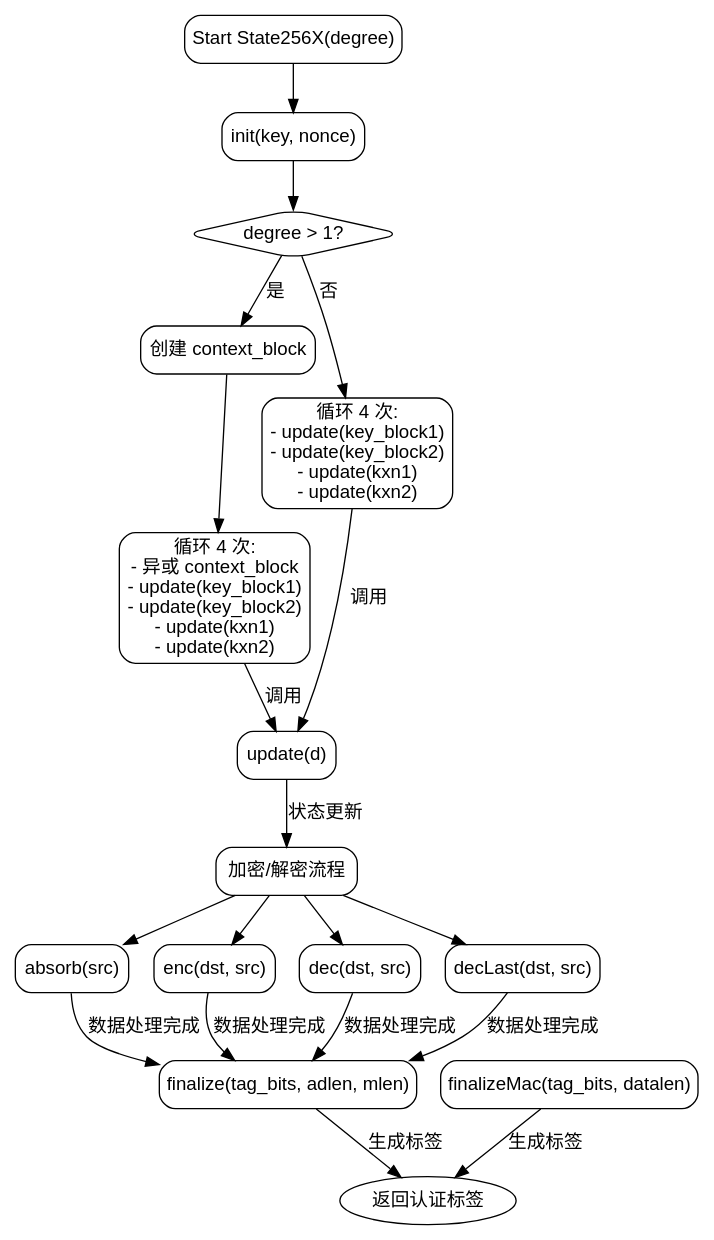
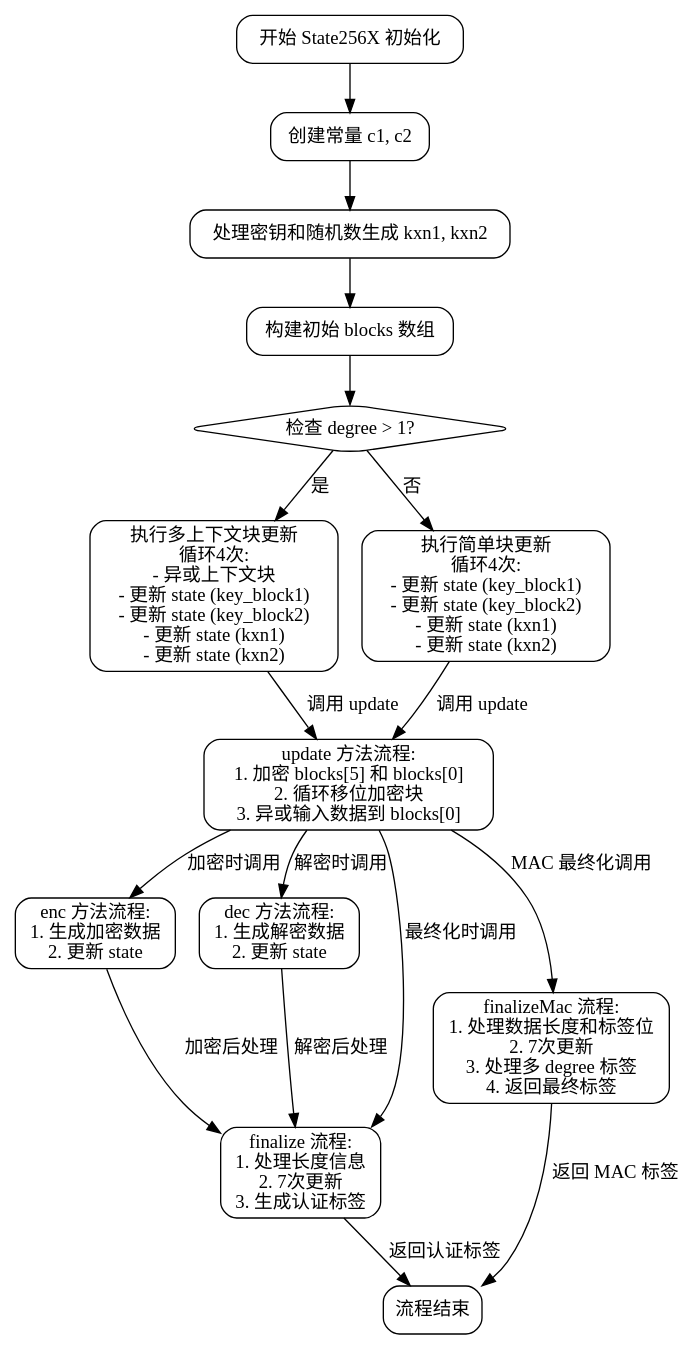
The diagram in dot_std/crypto/aegis.zig.State256X.md (sdzx-1/deepseek-zig-reader), drawn with Graphviz before and after one commit. The commit also changed other lines of this file and 236 other files, not shown here.

````diff
--- a/dot_std/crypto/aegis.zig.State256X.md
+++ b/dot_std/crypto/aegis.zig.State256X.md
@@ -30,46 +33,43 @@
 ```dot
-digraph State256X_Flowchart {
-    node [shape=rectangle, style="rounded", fontname="Arial"];
-    edge [fontname="Arial"];
+digraph State256X_Flow {
+    node [shape=box, style=rounded];
 
-    start [label="Start State256X(degree)"];
-    init [label="init(key, nonce)"];
-    check_degree [label="degree > 1?", shape=diamond];
-    context_block [label="创建 context_block"];
-    loop_4_times_degree_gt1 [label="循环 4 次:\n- 异或 context_block\n- update(key_block1)\n- update(key_block2)\n- update(kxn1)\n- update(kxn2)"];
-    loop_4_times_degree_eq1 [label="循环 4 次:\n- update(key_block1)\n- update(key_block2)\n- update(kxn1)\n- update(kxn2)"];
-    update_method [label="update(d)"];
-    encrypt_decrypt_process [label="加密/解密流程"];
-    absorb_method [label="absorb(src)"];
-    enc_method [label="enc(dst, src)"];
-    dec_method [label="dec(dst, src)"];
-    dec_last_method [label="decLast(dst, src)"];
-    finalize_method [label="finalize(tag_bits, adlen, mlen)"];
-    finalize_mac_method [label="finalizeMac(tag_bits, datalen)"];
-    return_tag [label="返回认证标签", shape=oval];
+    start [label="开始 State256X 初始化"];
+    init_constants [label="创建常量 c1, c2"];
+    process_key_nonce [label="处理密钥和随机数生成 kxn1, kxn2"];
+    build_initial_blocks [label="构建初始 blocks 数组"];
+    check_degree [label="检查 degree > 1?", shape=diamond];
+    
+    degree_gt1 [label="执行多上下文块更新\n循环4次:\n- 异或上下文块\n- 更新 state (key_block1)\n- 更新 state (key_block2)\n- 更新 state (kxn1)\n- 更新 state (kxn2)"];
+    degree_eq1 [label="执行简单块更新\n循环4次:\n- 更新 state (key_block1)\n- 更新 state (key_block2)\n- 更新 state (kxn1)\n- 更新 state (kxn2)"];
+    
+    update_method [label="update 方法流程:\n1. 加密 blocks[5] 和 blocks[0]\n2. 循环移位加密块\n3. 异或输入数据到 blocks[0]"];
+    enc_method [label="enc 方法流程:\n1. 生成加密数据\n2. 更新 state"];
+    dec_method [label="dec 方法流程:\n1. 生成解密数据\n2. 更新 state"];
+    finalize_method [label="finalize 流程:\n1. 处理长度信息\n2. 7次更新\n3. 生成认证标签"];
+    finalizeMac_method [label="finalizeMac 流程:\n1. 处理数据长度和标签位\n2. 7次更新\n3. 处理多 degree 标签\n4. 返回最终标签"];
 
-    start -> init;
-    init -> check_degree;
-
-    check_degree -> context_block [label="是"];
-    context_block -> loop_4_times_degree_gt1;
-    loop_4_times_degree_gt1 -> update_method [label="调用"];
-
-    check_degree -> loop_4_times_degree_eq1 [label="否"];
-    loop_4_times_degree_eq1 -> update_method [label="调用"];
-
-    update_method -> encrypt_decrypt_process [label="状态更新"];
-    encrypt_decrypt_process -> absorb_method;
-    encrypt_decrypt_process -> enc_method;
-    encrypt_decrypt_process -> dec_method;
-    encrypt_decrypt_process -> dec_last_method;
-
-    absorb_method -> finalize_method [label="数据处理完成"];
-    enc_method -> finalize_method [label="数据处理完成"];
-    dec_method -> finalize_method [label="数据处理完成"];
-    dec_last_method -> finalize_method [label="数据处理完成"];
-
-    finalize_method -> return_tag [label="生成标签"];
-    finalize_mac_method -> return_tag [label="生成标签"];
+    start -> init_constants;
+    init_constants -> process_key_nonce;
+    process_key_nonce -> build_initial_blocks;
+    build_initial_blocks -> check_degree;
+    
+    check_degree -> degree_gt1 [label="是"];
+    check_degree -> degree_eq1 [label="否"];
+    
+    degree_gt1 -> update_method [label="调用 update"];
+    degree_eq1 -> update_method [label="调用 update"];
+    
+    update_method -> enc_method [label="加密时调用"];
+    update_method -> dec_method [label="解密时调用"];
+    update_method -> finalize_method [label="最终化时调用"];
+    update_method -> finalizeMac_method [label="MAC 最终化调用"];
+    
+    enc_method -> finalize_method [label="加密后处理"];
+    dec_method -> finalize_method [label="解密后处理"];
+    finalize_method -> end [label="返回认证标签"];
+    finalizeMac_method -> end [label="返回 MAC 标签"];
+    
+    end [label="流程结束"];
 }
 ```
````
